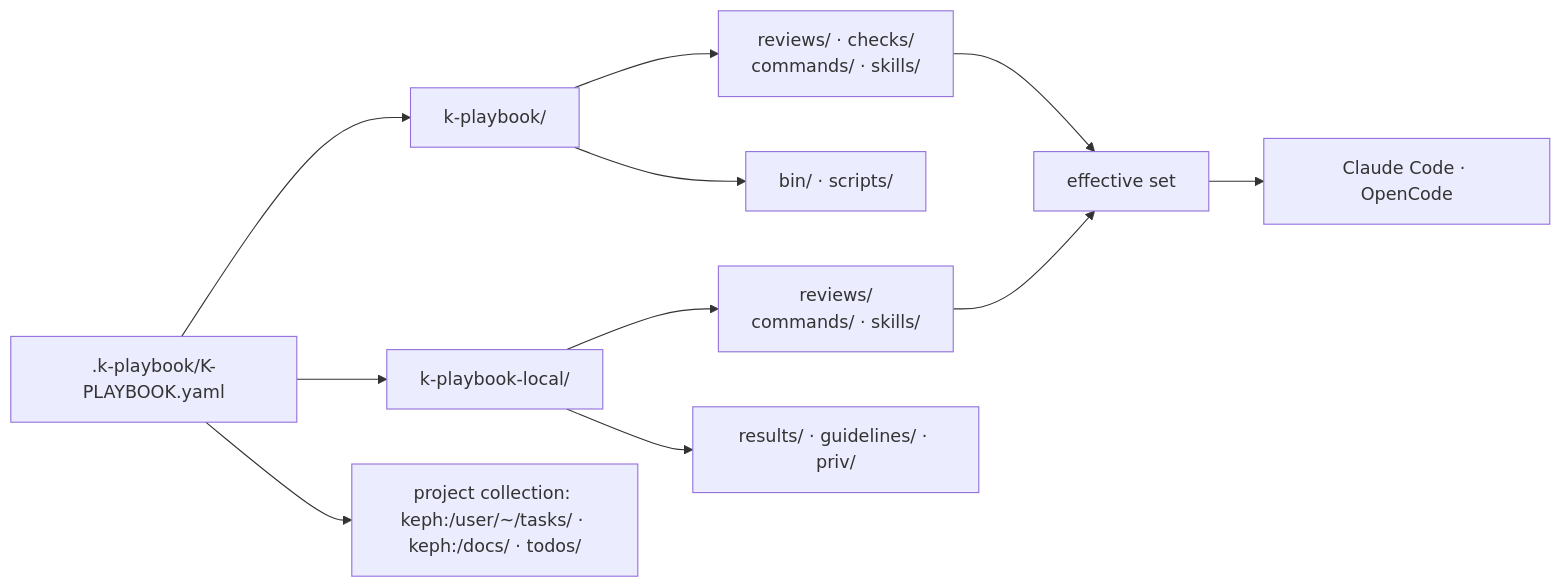
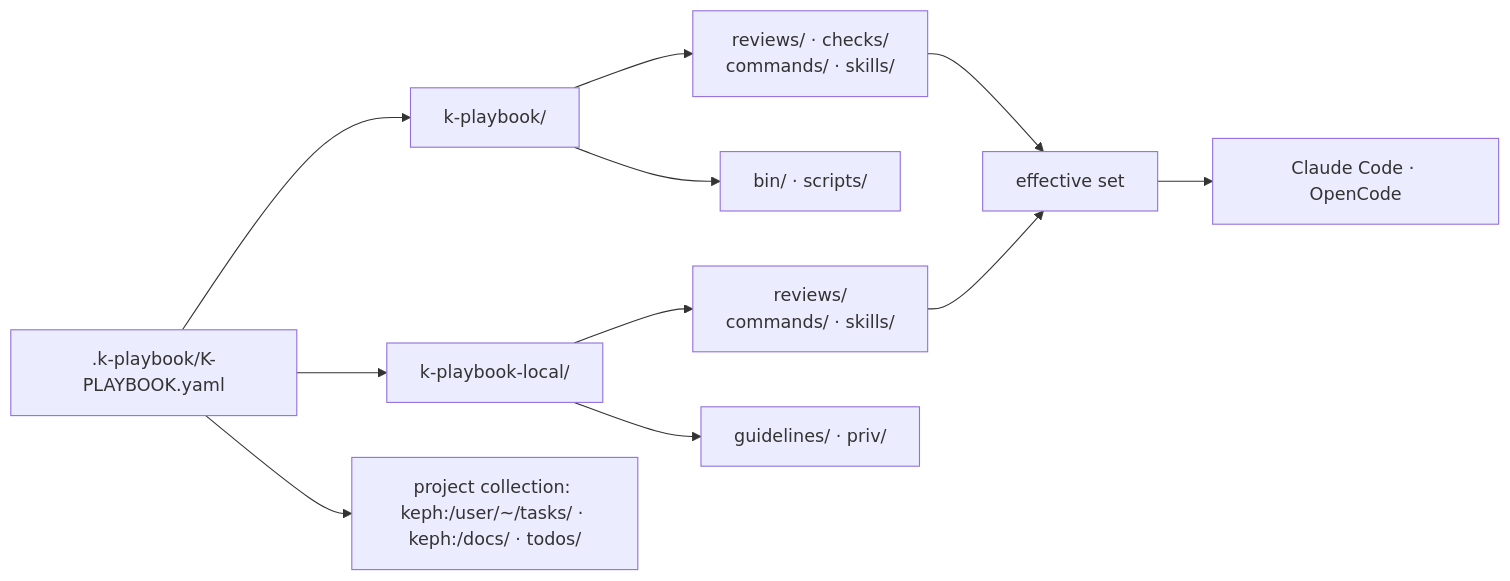
One commit to kascada/k-playbook changed the first of 3 diagrams in docs/manual.md. Above: the diagram before and after it, drawn with Mermaid. The commit also changed other lines of this file and 18 other files, not shown here.

````diff
--- a/docs/manual.md
+++ b/docs/manual.md
@@ -42,17 +42,17 @@
 ```mermaid
 flowchart LR
     Anchor[".k-playbook/K-PLAYBOOK.yaml"] --> Playbook["k-playbook/"]
     Anchor --> Local["k-playbook-local/"]
 
     Playbook --> Base["reviews/ · checks/<br>commands/ · skills/"]
     Playbook --> Tool["bin/ · scripts/"]
 
     Local --> Overlay["reviews/<br>commands/ · skills/"]
-    Local --> Artifacts["results/ · guidelines/ · priv/"]
+    Local --> Artifacts["guidelines/ · priv/"]
     Anchor --> Collection["project collection: keph:/user/~/tasks/ · keph:/docs/ · todos/"]
 
     Base --> Effective["effective set"]
     Overlay --> Effective
 
     Effective --> Assistant["Claude Code · OpenCode"]
 ```
````
